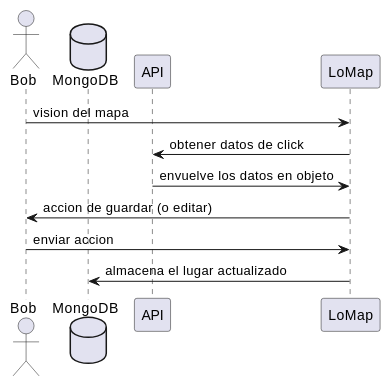
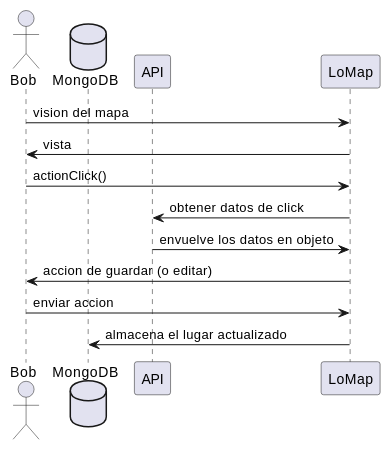
The third of 3 diagrams in docs/06_runtime_view.adoc (Arquisoft/lomap_es5b), drawn with PlantUML before and after one commit. The commit also changed other lines of this file, not shown here.

```diff
--- a/docs/06_runtime_view.adoc
+++ b/docs/06_runtime_view.adoc
@@ -78,13 +74,15 @@
 [plantuml,"InteractiveMap_01",png]
 ----
 actor Bob
 database MongoDB
 participant API
 participant LoMap
 Bob -> LoMap: vision del mapa
+LoMap -> Bob: vista
+Bob -> LoMap: actionClick()
 LoMap -> API: obtener datos de click
 API -> LoMap: envuelve los datos en objeto
 LoMap -> Bob: accion de guardar (o editar)
 Bob -> LoMap: enviar accion
 LoMap -> MongoDB: almacena el lugar actualizado
 ----
```
